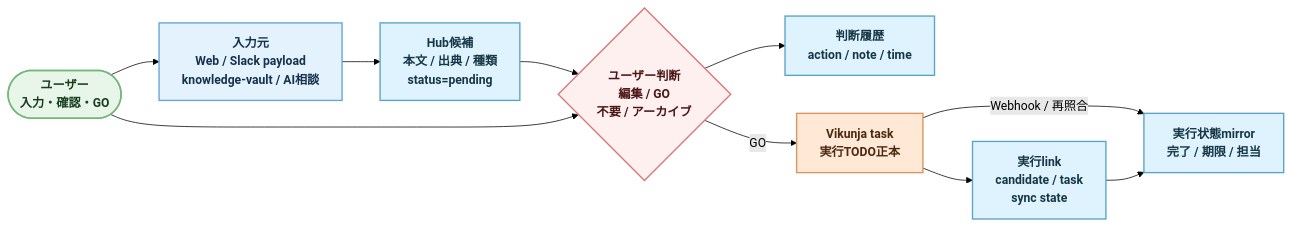
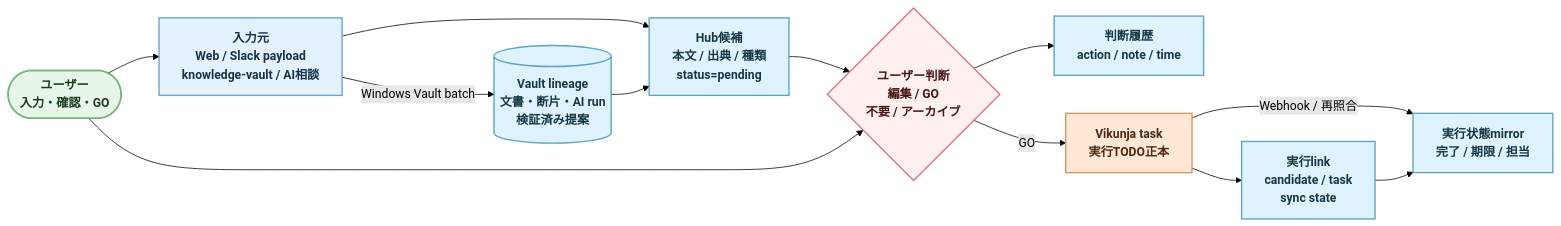
The diagram in docs/data/p0-data-flow-2026-07.md (rohto4/my-pj-general), drawn with Mermaid (forest theme) before and after one commit. The commit also changed other lines of this file and 28 other files, not shown here.

````diff
--- a/docs/data/p0-data-flow-2026-07.md
+++ b/docs/data/p0-data-flow-2026-07.md
@@ -16,27 +16,29 @@
 ```mermaid
 flowchart LR
     User(["ユーザー<br/>入力・確認・GO"]):::user
     Sources["入力元<br/>Web / Slack payload<br/>knowledge-vault / AI相談"]:::source
+    Lineage[("Vault lineage<br/>文書・断片・AI run<br/>検証済み提案")]:::main
     Candidate["Hub候補<br/>本文 / 出典 / 種類<br/>status=pending"]:::main
     Review{"ユーザー判断<br/>編集 / GO<br/>不要 / アーカイブ"}:::decision
     Decision["判断履歴<br/>action / note / time"]:::main
     Task["Vikunja task<br/>実行TODO正本"]:::external
     Link["実行link<br/>candidate / task<br/>sync state"]:::main
     Mirror["実行状態mirror<br/>完了 / 期限 / 担当"]:::main
 
     User --> Sources
     Sources --> Candidate
+    Sources -->|Windows Vault batch| Lineage --> Candidate
     Candidate --> Review
     User --> Review
     Review --> Decision
     Review -->|GO| Task
     Task --> Link
     Task -->|Webhook / 再照合| Mirror
     Link --> Mirror
 
     classDef user fill:#e8f5e9,stroke:#73b77a,color:#183d1f,stroke-width:2px,font-size:16px,font-weight:bold
     classDef source fill:#e3f2fd,stroke:#64a6d9,color:#17324d,stroke-width:1.8px,font-size:16px,font-weight:bold
     classDef main fill:#dff3ff,stroke:#5aa4c8,color:#173746,stroke-width:1.8px,font-size:16px,font-weight:bold
     classDef decision fill:#fff0f0,stroke:#d87878,color:#4a1515,stroke-width:1.8px,font-size:16px,font-weight:bold
     classDef external fill:#ffe8d6,stroke:#d9965c,color:#4a2a10,stroke-width:1.8px,font-size:16px,font-weight:bold
 ```
````
